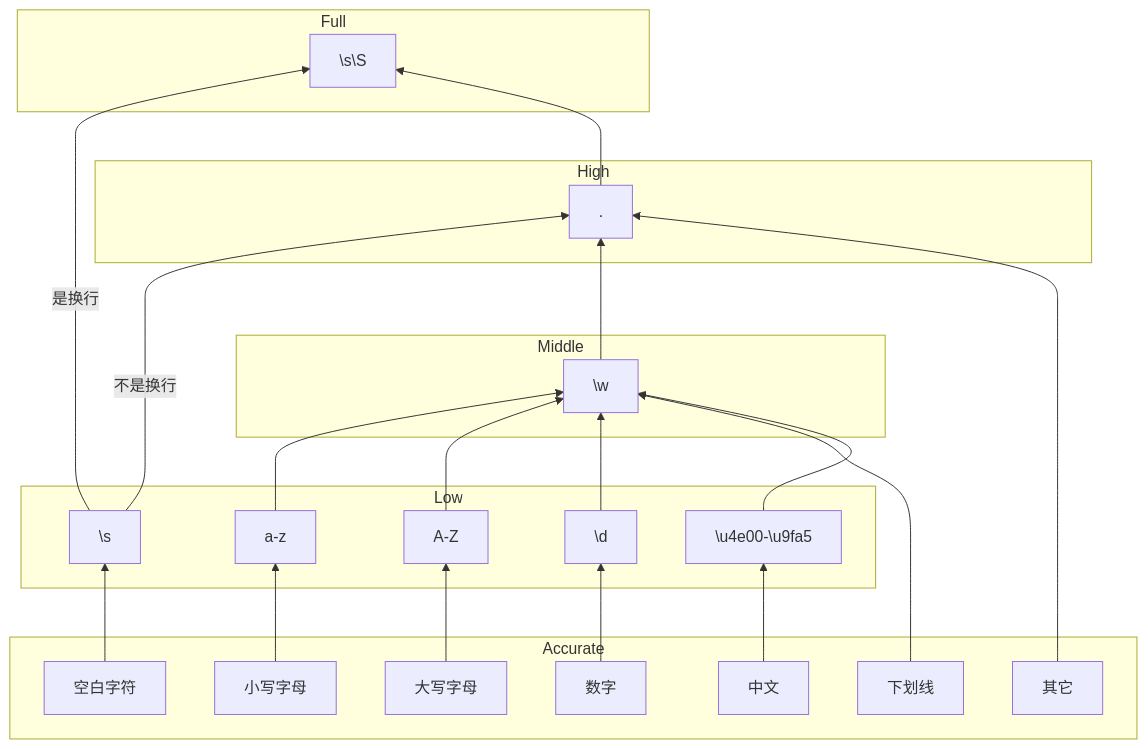
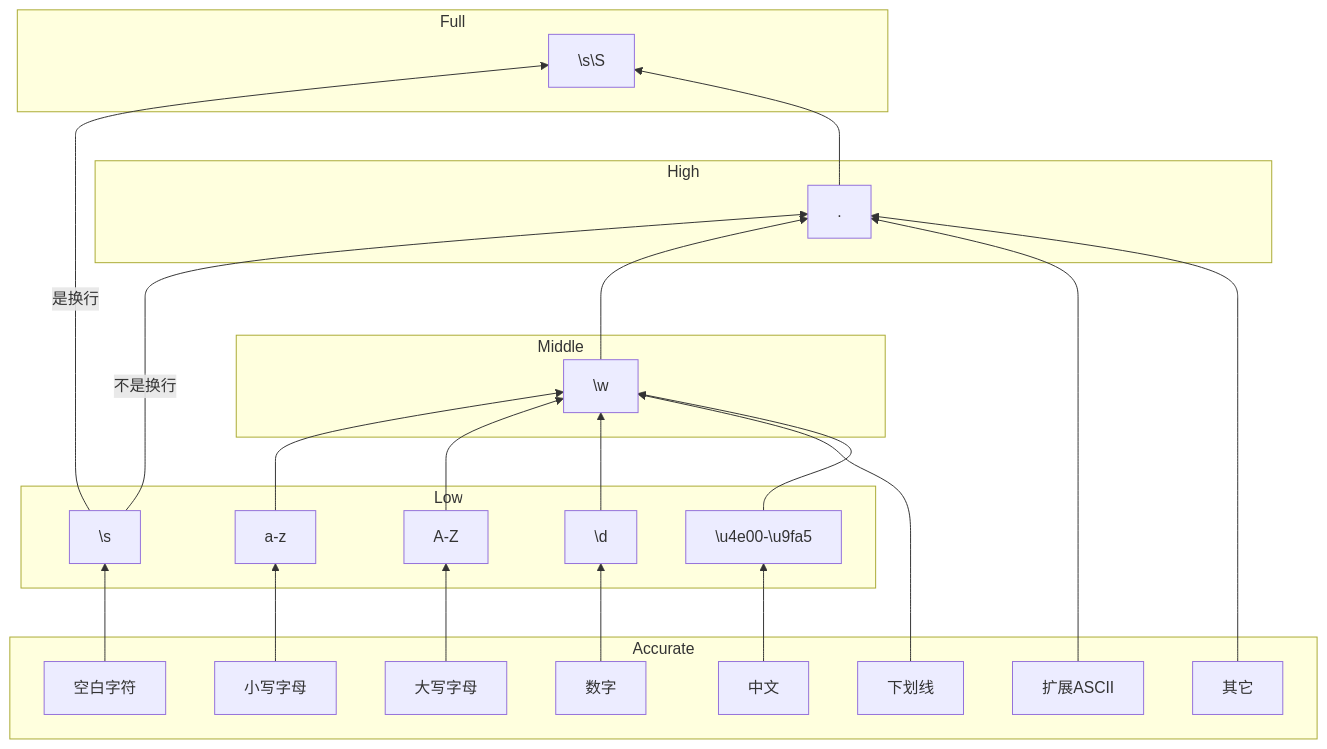
One commit to PheonixHkbxoic/regex-generator changed the diagram in src/main/resources/docs/regex_level.md. Above: the diagram before and after it, drawn with Mermaid. The commit also changed 15 other files, not shown here.

````diff
--- a/src/main/resources/docs/regex_level.md
+++ b/src/main/resources/docs/regex_level.md
@@ -3,47 +3,49 @@
 ```mermaid
 graph BT
     subgraph Full
         all["\s\S"]
     end
     blank1-->|是换行|all
     dot-->all
 
     subgraph High
         dot["."]
     end
     blank1-->|不是换行|dot
     word-->dot
+    extend-->dot
     other-->dot
 
     subgraph Middle
         word["\w"]
     end
     lower1--> word
     upper1--> word
     digit1--> word
     underscore--> word
     chinese1--> word
 
     subgraph Low
         blank1["\s"]
         lower1["a-z"]
         upper1["A-Z"]
         digit1["\d"]
         chinese1["\u4e00-\u9fa5"]
     end
     blank--> blank1
     lower--> lower1
     upper--> upper1
     digit--> digit1
     chinese-->chinese1
 
-   subgraph Accurate     
+   subgraph Accurate
     blank[空白字符]
     lower[小写字母]
     upper[大写字母]
     digit[数字]
     underscore[下划线]
+    extend[扩展ASCII]
     chinese[中文]
     other[其它]
    end
 ```
````
